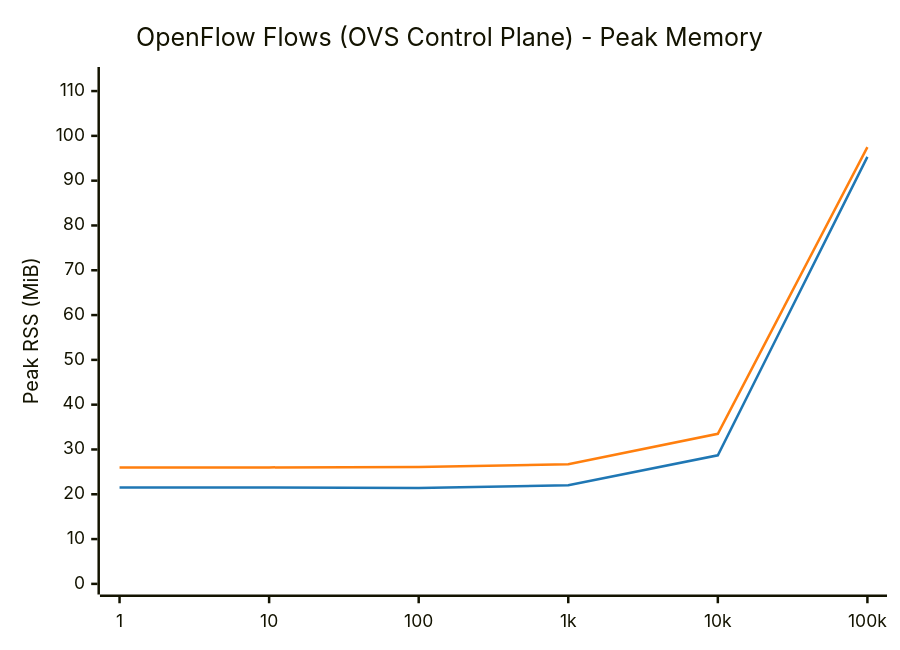
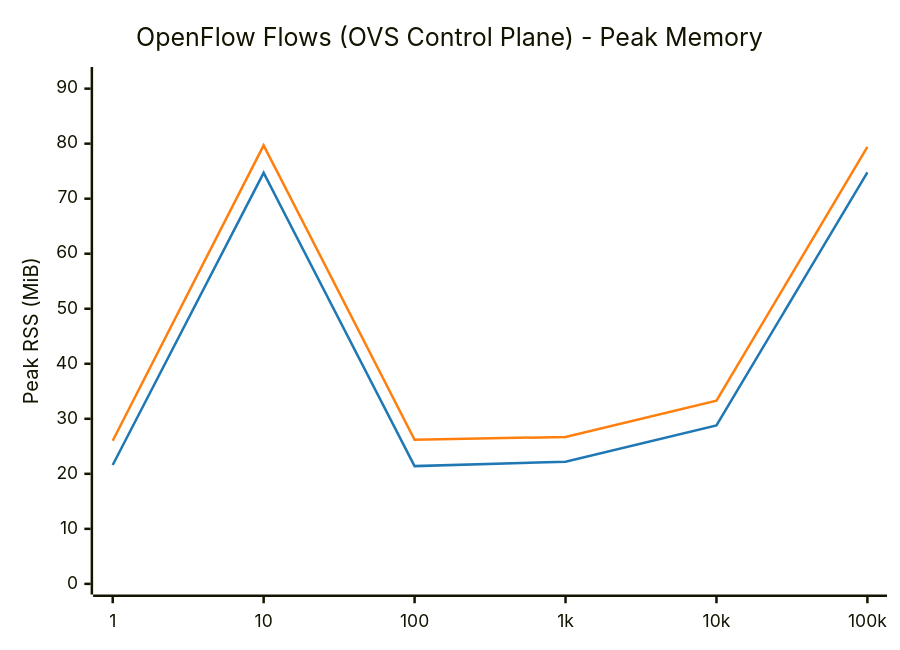
Diagram 12 of 14 in results/BENCHMARK_REPORT.md (LionelJouin/ovs-ovn-bench), drawn with Mermaid before and after one commit. The commit also changed other lines of this file and 4 other files, not shown here.

````diff
--- a/results/BENCHMARK_REPORT.md
+++ b/results/BENCHMARK_REPORT.md
@@ -573,14 +591,14 @@
 ```mermaid
 ---
 config:
     themeVariables:
         xyChart:
             plotColorPalette: "#1f77b4, #ff7f0e"
 ---
 xychart-beta
     title "OpenFlow Flows (OVS Control Plane) - Peak Memory"
     x-axis ["1", "10", "100", "1k", "10k", "100k"]
-    y-axis "Peak RSS (MiB)" 0 --> 113
-    line "glibc malloc" [21.5, 21.5, 21.4, 22.0, 28.7, 95.3]
-    line "jemalloc" [26.0, 26.0, 26.1, 26.7, 33.5, 97.5]
+    y-axis "Peak RSS (MiB)" 0 --> 92
+    line "glibc malloc" [21.6, 74.7, 21.4, 22.2, 28.8, 74.8]
+    line "jemalloc" [26.0, 79.7, 26.2, 26.7, 33.3, 79.4]
 ```
````
